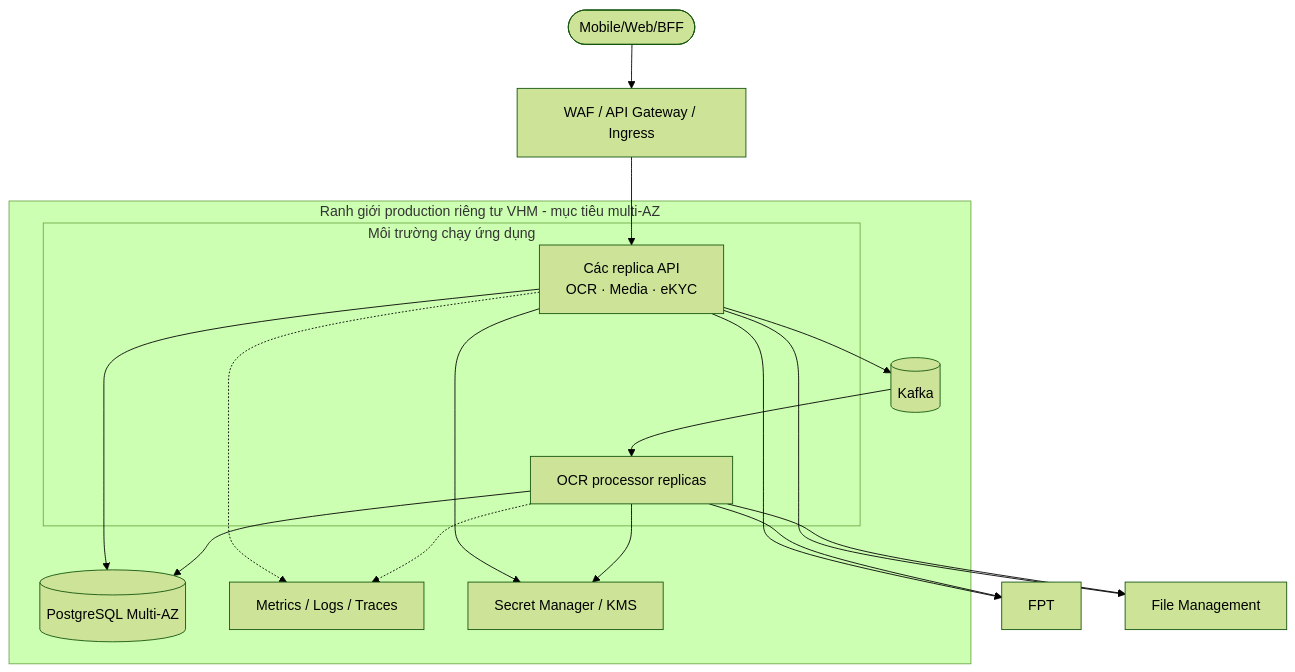
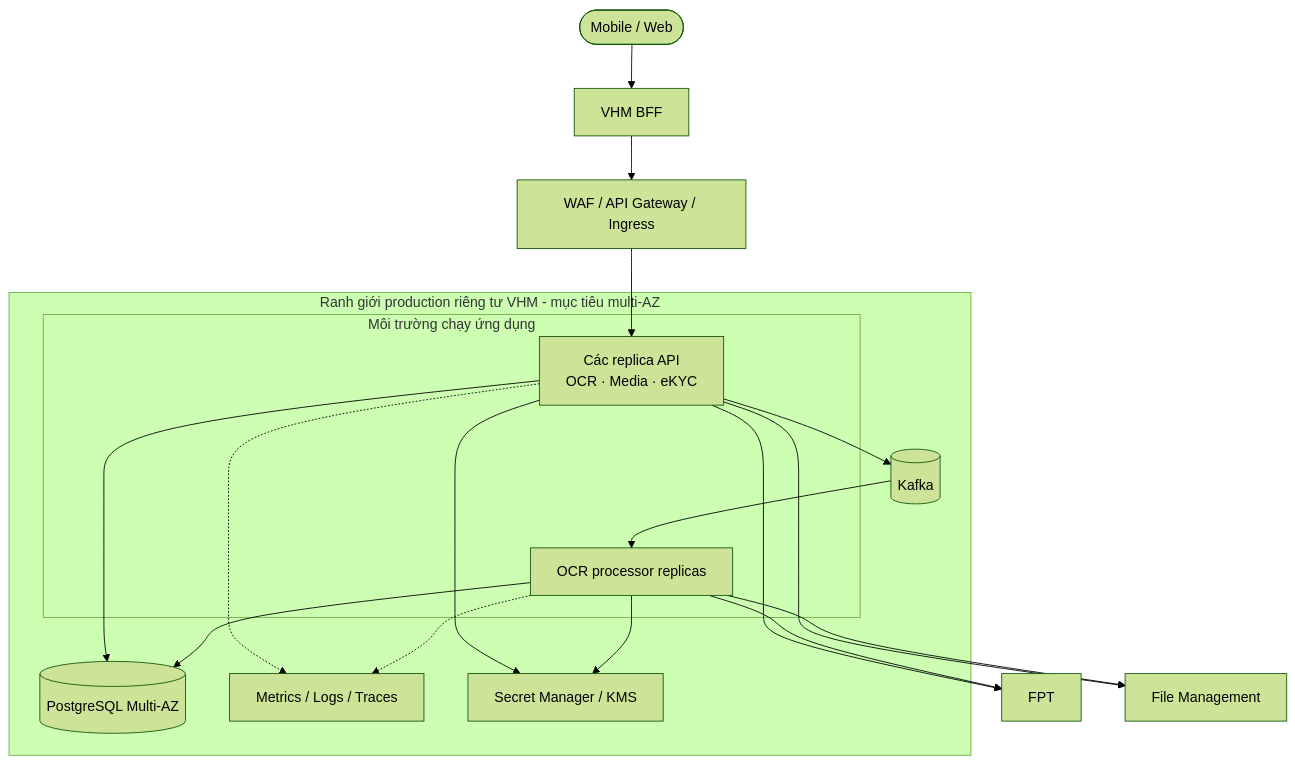
One commit to huynv-xyz/vhm changed diagram 12 of 12 in tdd-ocr-ekyc.md. Above: the diagram before and after it, drawn with Mermaid (forest theme). The commit also changed other lines of this file, not shown here.

````diff
--- a/tdd-ocr-ekyc.md
+++ b/tdd-ocr-ekyc.md
@@ -1114,31 +1136,32 @@
 ```mermaid
 flowchart TB
-    CLIENT([Mobile/Web/BFF])
+    CHANNEL([Mobile / Web])
+    BFF[VHM BFF]
     EDGE[WAF / API Gateway / Ingress]
     PROVIDERS[FPT]
     FILE[File Management]
 
     subgraph VPC[Ranh giới production riêng tư VHM - mục tiêu multi-AZ]
         subgraph EKS[Môi trường chạy ứng dụng]
             API[Các replica API<br/>OCR · Media · eKYC]
             WORKER[OCR processor replicas]
         end
         DB[(PostgreSQL Multi-AZ)]
         KAFKA[(Kafka)]
         OBS[Metrics / Logs / Traces]
         SECRET[Secret Manager / KMS]
     end
 
-    CLIENT --> EDGE --> API
+    CHANNEL --> BFF --> EDGE --> API
     API --> DB
     API --> KAFKA --> WORKER
     WORKER --> DB
     API --> FILE
     WORKER --> FILE
     API --> PROVIDERS
     WORKER --> PROVIDERS
     API --> SECRET
     WORKER --> SECRET
     API -.-> OBS
     WORKER -.-> OBS
 ```
````
